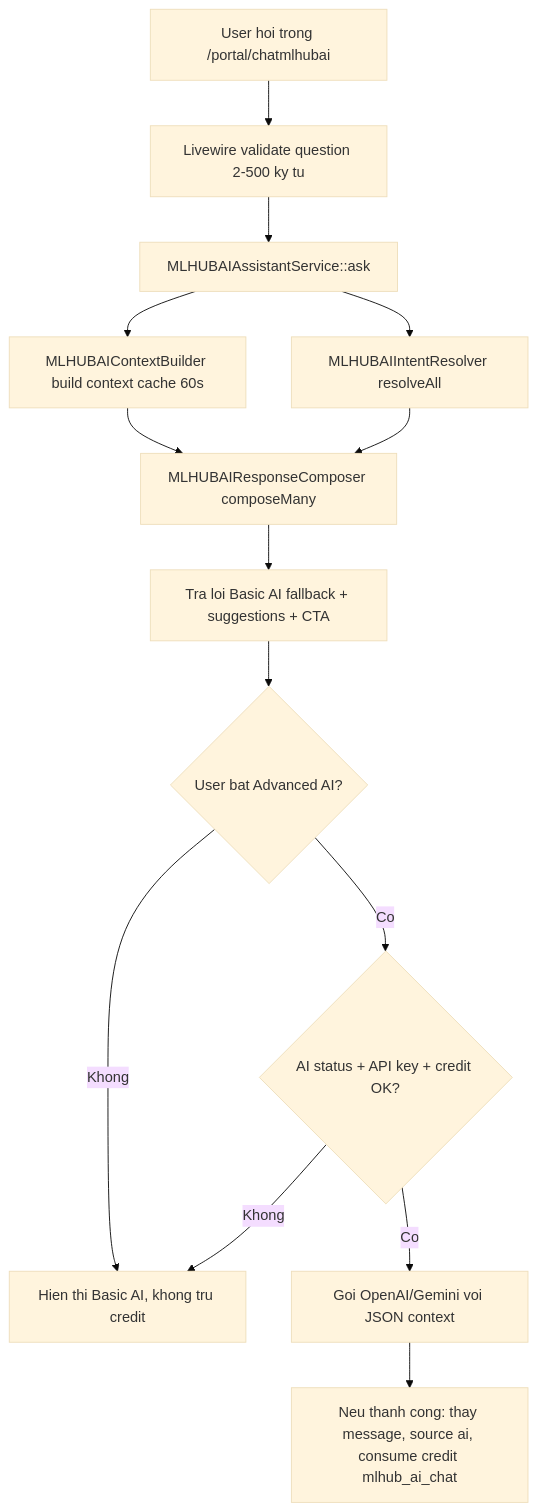
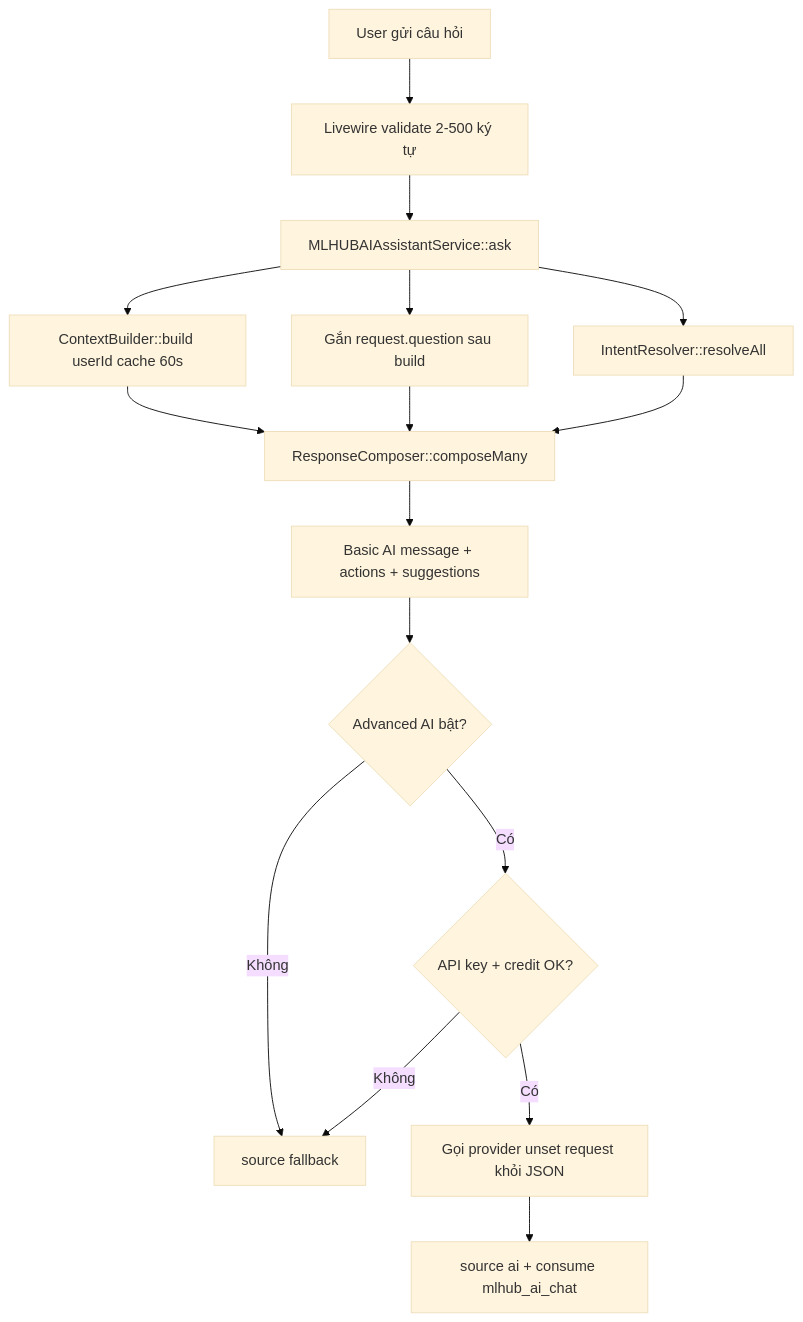
The diagram in ARCHITECTURE_MLHUBAI.md (mlhubvn/marketing-local-hub-22052026), drawn with Mermaid (base theme) before and after one commit. The commit also changed other lines of this file and 3 other files, not shown here.

Commit message:
docs(mlhubai): rewrite ARCHITECTURE_MLHUBAI as current-state reference

````diff
--- a/ARCHITECTURE_MLHUBAI.md
+++ b/ARCHITECTURE_MLHUBAI.md
@@ -51,16 +65,18 @@
 ```mermaid
 flowchart TD
-    A["User hoi trong /portal/chatmlhubai"] --> B["Livewire validate question 2-500 ky tu"]
-    B --> C["MLHUBAIAssistantService::ask"]
-    C --> D["MLHUBAIContextBuilder build context cache 60s"]
-    C --> E["MLHUBAIIntentResolver resolveAll"]
-    D --> F["MLHUBAIResponseComposer composeMany"]
-    E --> F
-    F --> G["Tra loi Basic AI fallback + suggestions + CTA"]
-    G --> H{"User bat Advanced AI?"}
-    H -- "Khong" --> I["Hien thi Basic AI, khong tru credit"]
-    H -- "Co" --> J{"AI status + API key + credit OK?"}
-    J -- "Khong" --> I
-    J -- "Co" --> K["Goi OpenAI/Gemini voi JSON context"]
-    K --> L["Neu thanh cong: thay message, source ai, consume credit mlhub_ai_chat"]
+    A[User gửi câu hỏi] --> B[Livewire validate 2-500 ký tự]
+    B --> C[MLHUBAIAssistantService::ask]
+    C --> D[ContextBuilder::build userId cache 60s]
+    C --> E[Gắn request.question sau build]
+    C --> F[IntentResolver::resolveAll]
+    D --> G[ResponseComposer::composeMany]
+    E --> G
+    F --> G
+    G --> H[Basic AI message + actions + suggestions]
+    H --> I{Advanced AI bật?}
+    I -- Không --> J[source fallback]
+    I -- Có --> K{API key + credit OK?}
+    K -- Không --> J
+    K -- Có --> L[Gọi provider unset request khỏi JSON]
+    L --> M[source ai + consume mlhub_ai_chat]
 ```
````
